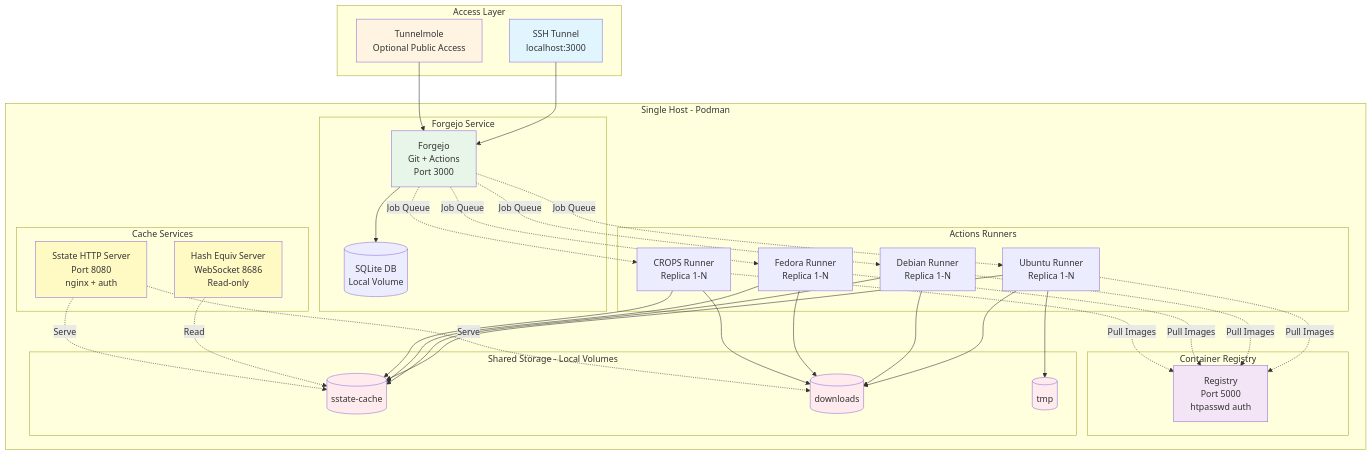
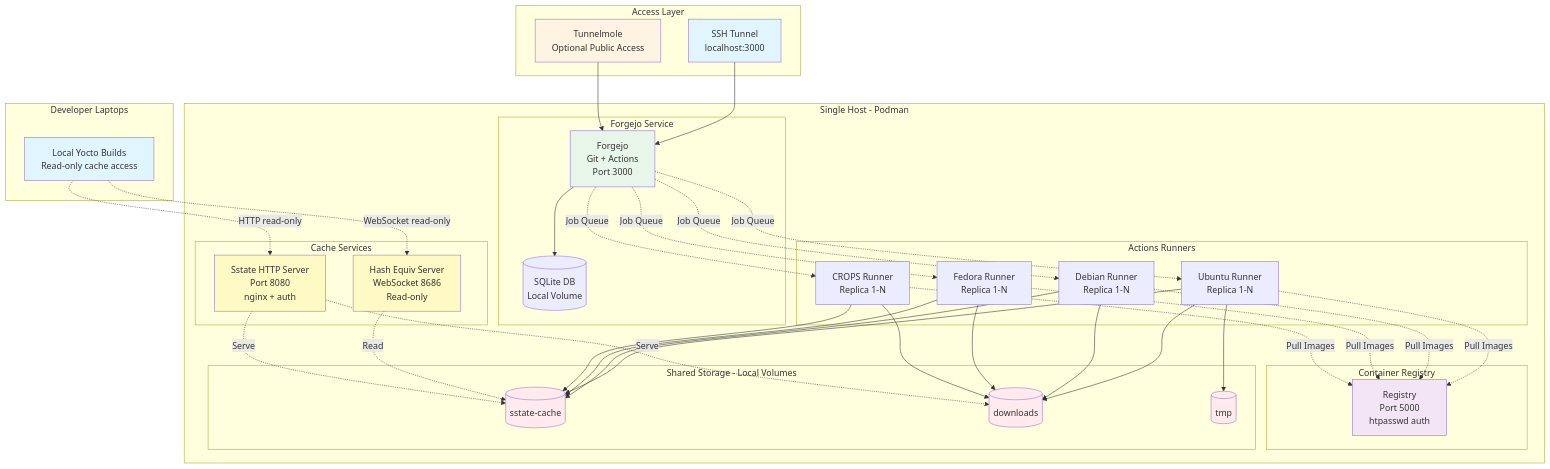
Before and after one commit to thomas-roos/yocto-forge-container: the first of 6 diagrams in README.md, drawn with Mermaid.

Commit message:
Add developer laptop cache access to architecture diagram

````diff
--- a/README.md
+++ b/README.md
@@ -328,73 +328,81 @@
 ```mermaid
 graph TB
     subgraph "Access Layer"
         SSH[SSH Tunnel<br/>localhost:3000]
         TM[Tunnelmole<br/>Optional Public Access]
+    end
+
+    subgraph "Developer Laptops"
+        DEV[Local Yocto Builds<br/>Read-only cache access]
     end
 
     subgraph "Single Host - Podman"
         subgraph "Forgejo Service"
             FG[Forgejo<br/>Git + Actions<br/>Port 3000]
             FGDB[(SQLite DB<br/>Local Volume)]
         end
 
         subgraph "Container Registry"
             REG[Registry<br/>Port 5000<br/>htpasswd auth]
         end
 
         subgraph "Actions Runners"
             R1[Ubuntu Runner<br/>Replica 1-N]
             R2[Debian Runner<br/>Replica 1-N]
             R3[Fedora Runner<br/>Replica 1-N]
             R4[CROPS Runner<br/>Replica 1-N]
         end
 
         subgraph "Cache Services"
             HS[Hash Equiv Server<br/>WebSocket 8686<br/>Read-only]
             SS[Sstate HTTP Server<br/>Port 8080<br/>nginx + auth]
         end
 
         subgraph "Shared Storage - Local Volumes"
             SC[(sstate-cache)]
             DL[(downloads)]
             TMP[(tmp)]
         end
     end
 
     SSH --> FG
     TM --> FG
     FG --> FGDB
     FG -.Job Queue.-> R1
     FG -.Job Queue.-> R2
     FG -.Job Queue.-> R3
     FG -.Job Queue.-> R4
 
     R1 --> SC
     R1 --> DL
     R1 --> TMP
     R2 --> SC
     R2 --> DL
     R3 --> SC
     R3 --> DL
     R4 --> SC
     R4 --> DL
 
     R1 -.Pull Images.-> REG
     R2 -.Pull Images.-> REG
     R3 -.Pull Images.-> REG
     R4 -.Pull Images.-> REG
 
     HS -.Read.-> SC
     SS -.Serve.-> SC
     SS -.Serve.-> DL
 
+    DEV -.HTTP read-only.-> SS
+    DEV -.WebSocket read-only.-> HS
+
     style SSH fill:#e1f5ff
     style TM fill:#fff4e1
     style FG fill:#e8f5e9
     style REG fill:#f3e5f5
     style HS fill:#fff9c4
     style SS fill:#fff9c4
     style SC fill:#ffebee
     style DL fill:#ffebee
     style TMP fill:#ffebee
+    style DEV fill:#e1f5ff
 ```
````
